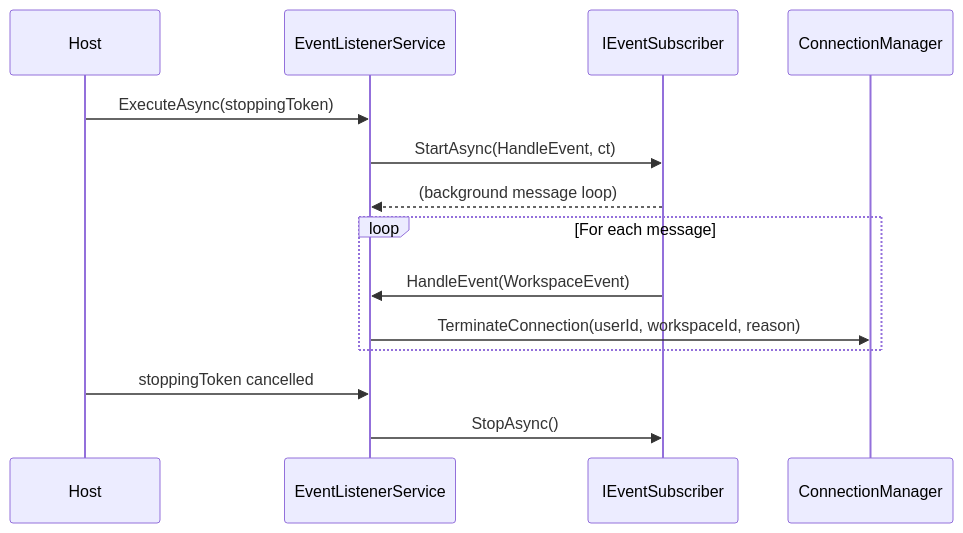
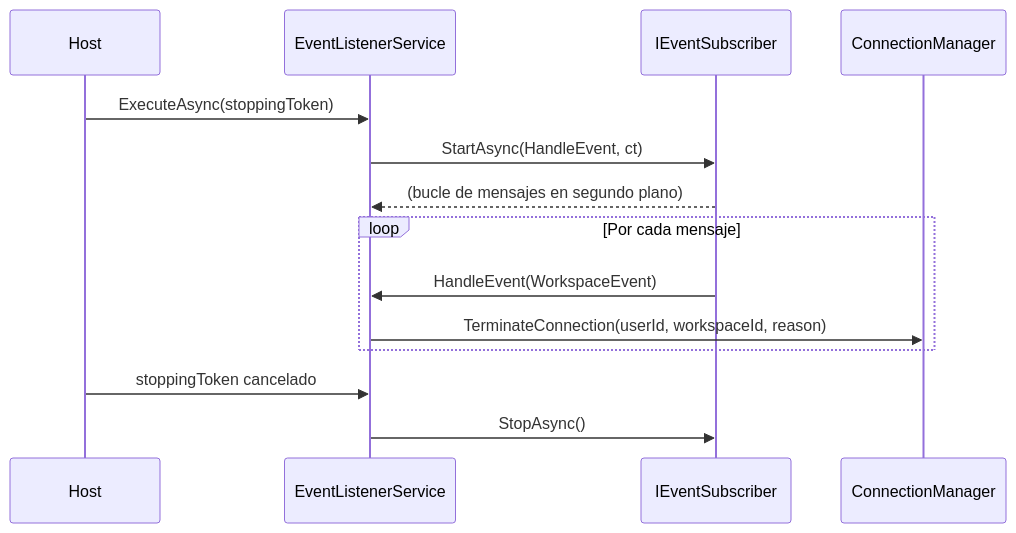
The diagram in docs/sse-service/event-subscribers.md (jlizarazoa/ColabBoard_Docs), drawn with Mermaid before and after one commit. The commit also changed other lines of this file and 29 other files, not shown here.

````diff
--- a/docs/sse-service/event-subscribers.md
+++ b/docs/sse-service/event-subscribers.md
@@ -34,17 +34,17 @@
 ```mermaid
 sequenceDiagram
     participant Host
     participant ELS as EventListenerService
     participant Sub as IEventSubscriber
     participant CM as ConnectionManager
 
     Host->>ELS: ExecuteAsync(stoppingToken)
     ELS->>Sub: StartAsync(HandleEvent, ct)
-    Sub-->>ELS: (background message loop)
-    loop For each message
+    Sub-->>ELS: (bucle de mensajes en segundo plano)
+    loop Por cada mensaje
         Sub->>ELS: HandleEvent(WorkspaceEvent)
         ELS->>CM: TerminateConnection(userId, workspaceId, reason)
     end
-    Host->>ELS: stoppingToken cancelled
+    Host->>ELS: stoppingToken cancelado
     ELS->>Sub: StopAsync()
 ```
````
